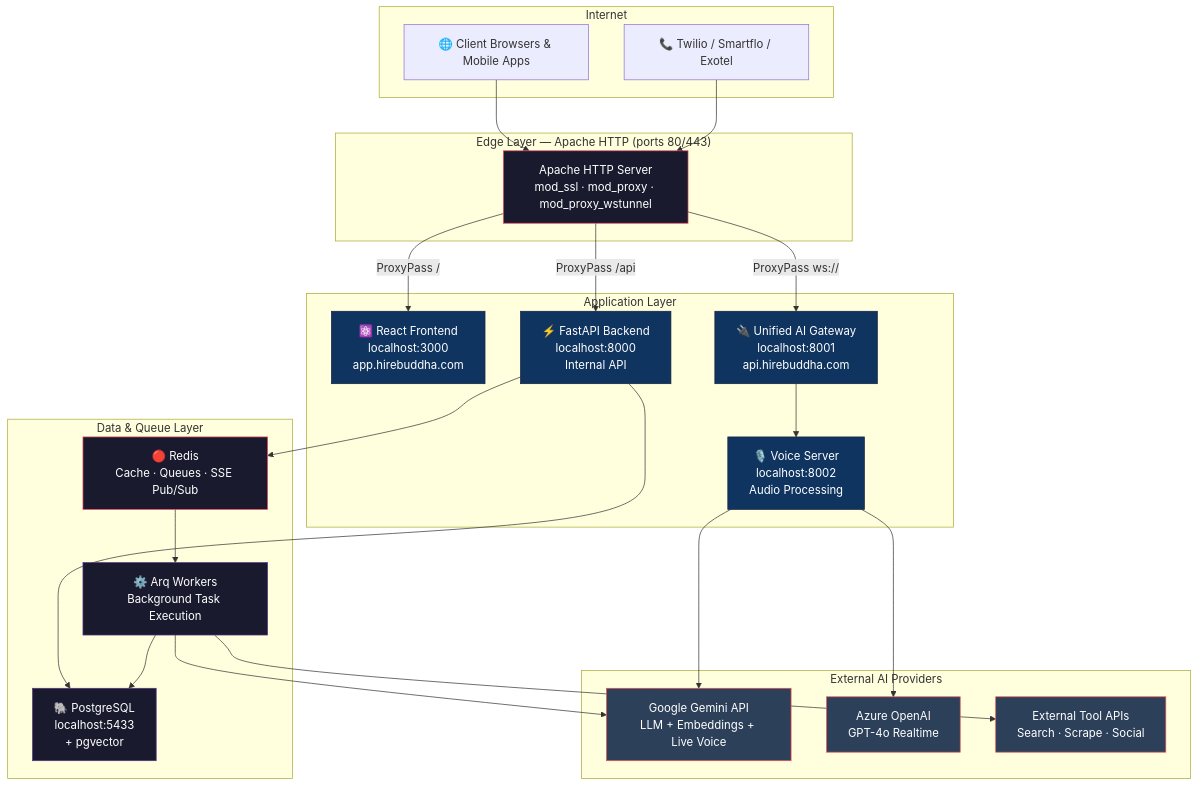
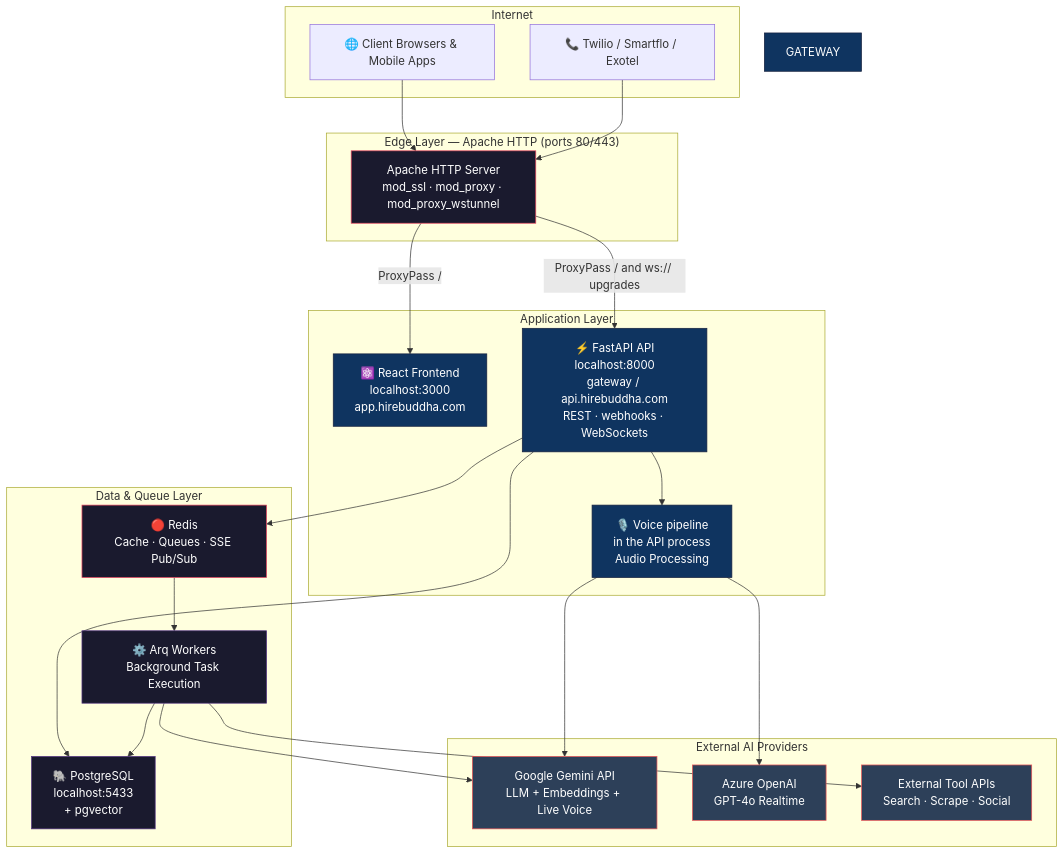
The first of 21 diagrams in docs/current/architecture-diagrams.md (gondolerahul/hire-buddha-app), drawn with Mermaid before and after one commit. The commit also changed other lines of this file and 61 other files, not shown here.

````diff
--- a/docs/current/architecture-diagrams.md
+++ b/docs/current/architecture-diagrams.md
@@ -34,57 +36,55 @@
 ```mermaid
 graph TB
     subgraph Internet
         CLIENT["🌐 Client Browsers & Mobile Apps"]
         TWILIO["📞 Twilio / Smartflo / Exotel"]
     end
 
     subgraph Edge["Edge Layer — Apache HTTP (ports 80/443)"]
         APACHE["Apache HTTP Server<br/>mod_ssl · mod_proxy · mod_proxy_wstunnel"]
     end
 
     subgraph Application["Application Layer"]
         REACT["⚛️ React Frontend<br/>localhost:3000<br/>app.hirebuddha.com"]
-        FASTAPI["⚡ FastAPI Backend<br/>localhost:8000<br/>Internal API"]
-        GATEWAY["🔌 Unified AI Gateway<br/>localhost:8001<br/>api.hirebuddha.com"]
-        VOICE["🎙️ Voice Server<br/>localhost:8002<br/>Audio Processing"]
+        FASTAPI["⚡ FastAPI API<br/>localhost:8000<br/>gateway / api.hirebuddha.com<br/>REST · webhooks · WebSockets"]
+        VOICE["🎙️ Voice pipeline<br/>in the API process<br/>Audio Processing"]
     end
 
     subgraph Data["Data & Queue Layer"]
         PG["🐘 PostgreSQL<br/>localhost:5433<br/>+ pgvector"]
         REDIS["🔴 Redis<br/>Cache · Queues · SSE Pub/Sub"]
         ARQ["⚙️ Arq Workers<br/>Background Task Execution"]
     end
 
     subgraph External["External AI Providers"]
         GEMINI["Google Gemini API<br/>LLM + Embeddings + Live Voice"]
         OPENAI["Azure OpenAI<br/>GPT-4o Realtime"]
         TOOLS["External Tool APIs<br/>Search · Scrape · Social"]
     end
 
     CLIENT --> APACHE
     TWILIO --> APACHE
     APACHE -->|"ProxyPass /"| REACT
-    APACHE -->|"ProxyPass /api"| FASTAPI
-    APACHE -->|"ProxyPass ws://"| GATEWAY
-    GATEWAY --> VOICE
+    APACHE -->|"ProxyPass / and ws:// upgrades"| FASTAPI
+    FASTAPI --> VOICE
     FASTAPI --> PG
     FASTAPI --> REDIS
     REDIS --> ARQ
     ARQ --> PG
     VOICE --> GEMINI
     VOICE --> OPENAI
     ARQ --> GEMINI
     ARQ --> TOOLS
 
     style APACHE fill:#1a1a2e,stroke:#e94560,color:#fff
     style REACT fill:#0f3460,stroke:#16213e,color:#fff
     style FASTAPI fill:#0f3460,stroke:#16213e,color:#fff
     style GATEWAY fill:#0f3460,stroke:#16213e,color:#fff
     style VOICE fill:#0f3460,stroke:#16213e,color:#fff
     style PG fill:#1a1a2e,stroke:#533483,color:#fff
     style REDIS fill:#1a1a2e,stroke:#e94560,color:#fff
     style ARQ fill:#1a1a2e,stroke:#533483,color:#fff
     style GEMINI fill:#2d4059,stroke:#ea5455,color:#fff
     style OPENAI fill:#2d4059,stroke:#ea5455,color:#fff
     style TOOLS fill:#2d4059,stroke:#ea5455,color:#fff
 ```
````
